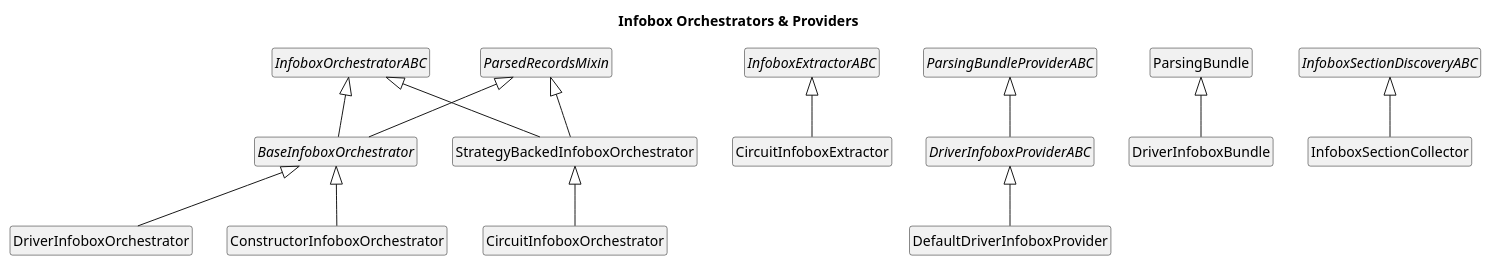
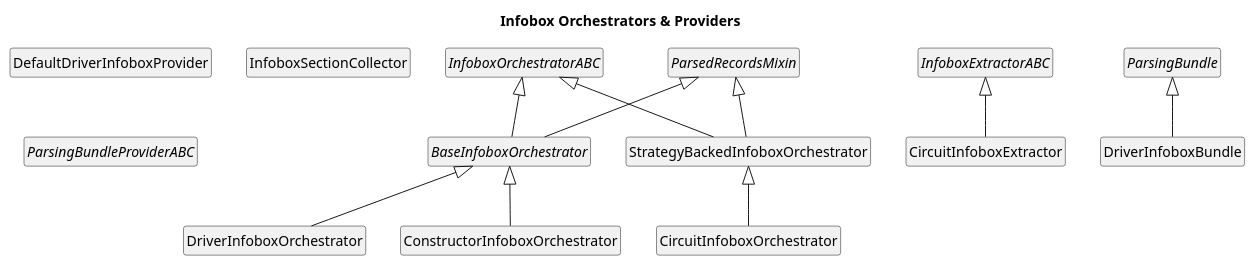
One commit to bgembalczyk/F1 changed the diagram in docs/uml/inheritance/infobox/01_orchestrators.puml. Above: the diagram before and after it, drawn with PlantUML. The commit also changed 16 other files, not shown here.

```diff
--- a/docs/uml/inheritance/infobox/01_orchestrators.puml
+++ b/docs/uml/inheritance/infobox/01_orchestrators.puml
@@ -1,37 +1,32 @@
 @startuml
 title Infobox Orchestrators & Providers
 skinparam classAttributeIconSize 0
 hide empty members
 hide circle
 
 abstract class BaseInfoboxOrchestrator
 class CircuitInfoboxExtractor
 class CircuitInfoboxOrchestrator
 class ConstructorInfoboxOrchestrator
 class DefaultDriverInfoboxProvider
 class DriverInfoboxBundle
 class DriverInfoboxOrchestrator
-abstract class DriverInfoboxProviderABC
 abstract class InfoboxExtractorABC
 abstract class InfoboxOrchestratorABC
 class InfoboxSectionCollector
-abstract class InfoboxSectionDiscoveryABC
 abstract class ParsedRecordsMixin
-class ParsingBundle
+abstract class ParsingBundle
 abstract class ParsingBundleProviderABC
 class StrategyBackedInfoboxOrchestrator
 
 InfoboxOrchestratorABC <|-- BaseInfoboxOrchestrator
 ParsedRecordsMixin <|-- BaseInfoboxOrchestrator
 InfoboxExtractorABC <|-- CircuitInfoboxExtractor
 StrategyBackedInfoboxOrchestrator <|-- CircuitInfoboxOrchestrator
 BaseInfoboxOrchestrator <|-- ConstructorInfoboxOrchestrator
-DriverInfoboxProviderABC <|-- DefaultDriverInfoboxProvider
 ParsingBundle <|-- DriverInfoboxBundle
 BaseInfoboxOrchestrator <|-- DriverInfoboxOrchestrator
-ParsingBundleProviderABC <|-- DriverInfoboxProviderABC
-InfoboxSectionDiscoveryABC <|-- InfoboxSectionCollector
 InfoboxOrchestratorABC <|-- StrategyBackedInfoboxOrchestrator
 ParsedRecordsMixin <|-- StrategyBackedInfoboxOrchestrator
 
 @enduml
```
